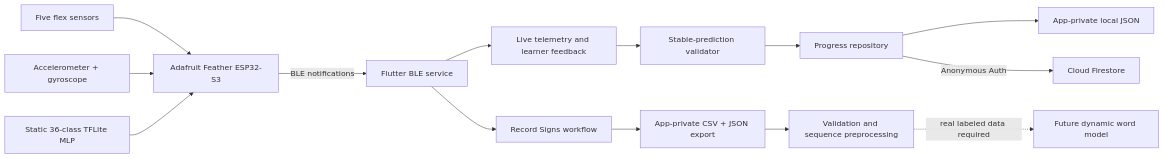
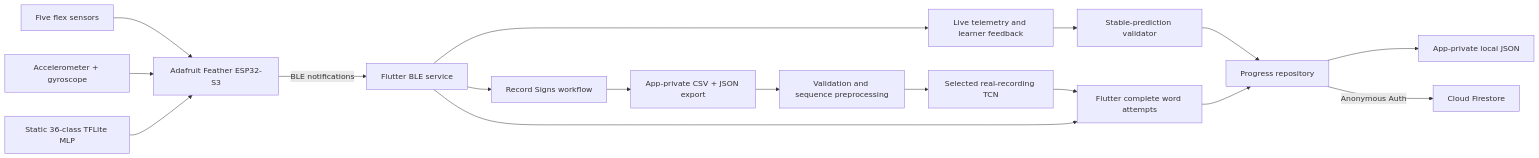
The diagram in README.md (GG1627/helping-hand), drawn with Mermaid before and after one commit. The commit also changed other lines of this file and 68 other files, not shown here.

First line of the commit message:
(GENAI=Yes) Train glove models and integrate word practice [Model: Unknown]

````diff
--- a/README.md
+++ b/README.md
@@ -123,16 +128,19 @@
 ```mermaid
 flowchart LR
     FLEX[Five flex sensors] --> ESP[Adafruit Feather ESP32-S3]
     IMU[Accelerometer + gyroscope] --> ESP
     MODEL[Static 36-class TFLite MLP] --> ESP
     ESP -->|BLE notifications| BLE[Flutter BLE service]
     BLE --> LIVE[Live telemetry and learner feedback]
     LIVE --> TRACKER[Stable-prediction validator]
     TRACKER --> PROGRESS[Progress repository]
     PROGRESS --> LOCAL[App-private local JSON]
     PROGRESS -->|Anonymous Auth| FIRESTORE[Cloud Firestore]
     BLE --> RECORD[Record Signs workflow]
     RECORD --> FILES[App-private CSV + JSON export]
     FILES --> BACKEND[Validation and sequence preprocessing]
-    BACKEND -. real labeled data required .-> WORDMODEL[Future dynamic word model]
+    BACKEND --> WORDMODEL[Selected real-recording TCN]
+    WORDMODEL --> WORDPRACTICE[Flutter complete word attempts]
+    BLE --> WORDPRACTICE
+    WORDPRACTICE --> PROGRESS
 ```
````
